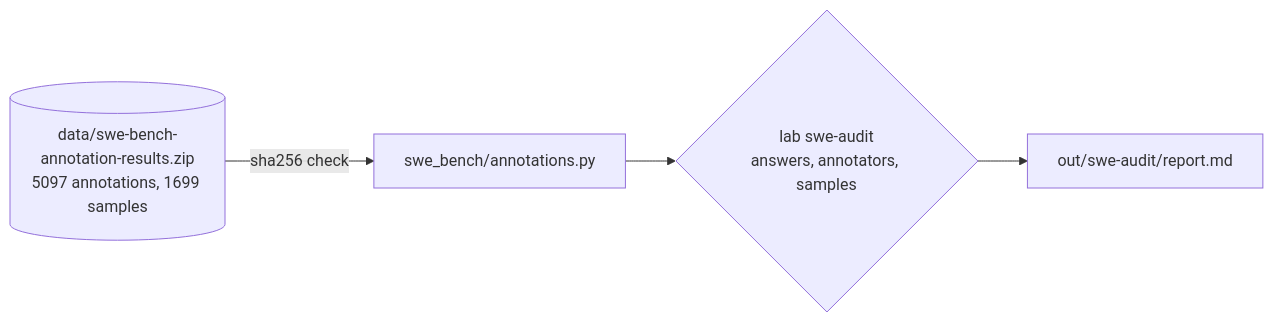
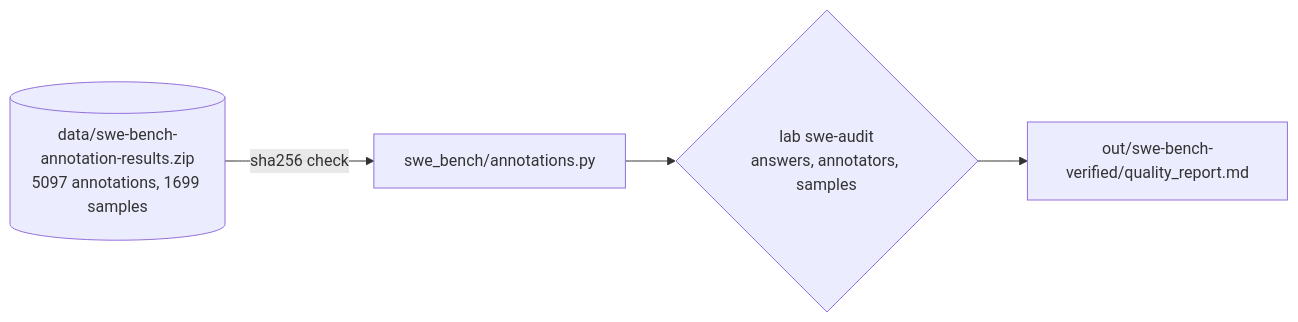
The third of 3 diagrams in README.md (Takewkat/argilla-lab), drawn with Mermaid before and after one commit. The commit also changed other lines of this file and 15 other files, not shown here.

````diff
--- a/README.md
+++ b/README.md
@@ -74,6 +91,6 @@
 ```mermaid
 flowchart LR
     zip[("data/swe-bench-annotation-results.zip<br/>5097 annotations, 1699 samples")] -->|"sha256 check"| load["swe_bench/annotations.py"]
     load --> audit{"lab swe-audit<br/>answers, annotators, samples"}
-    audit --> report["out/swe-audit/report.md"]
+    audit --> report["out/swe-bench-verified/quality_report.md"]
 ```
````
